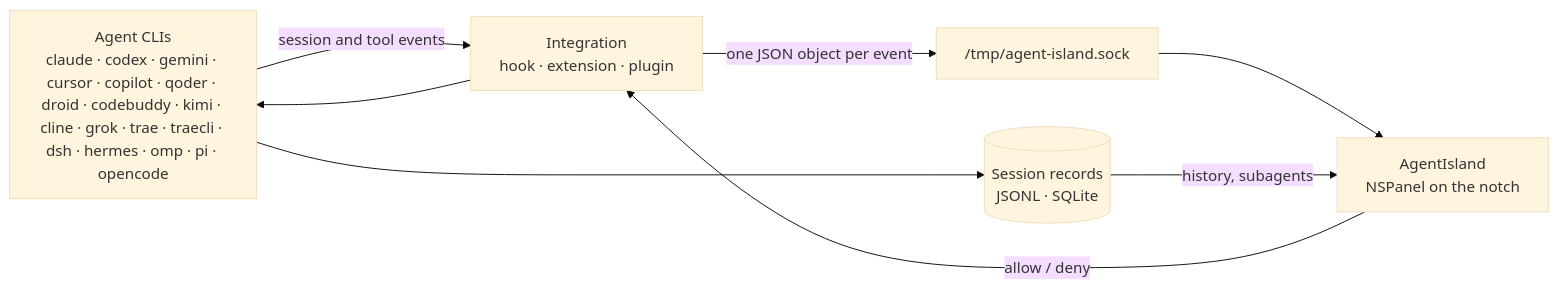
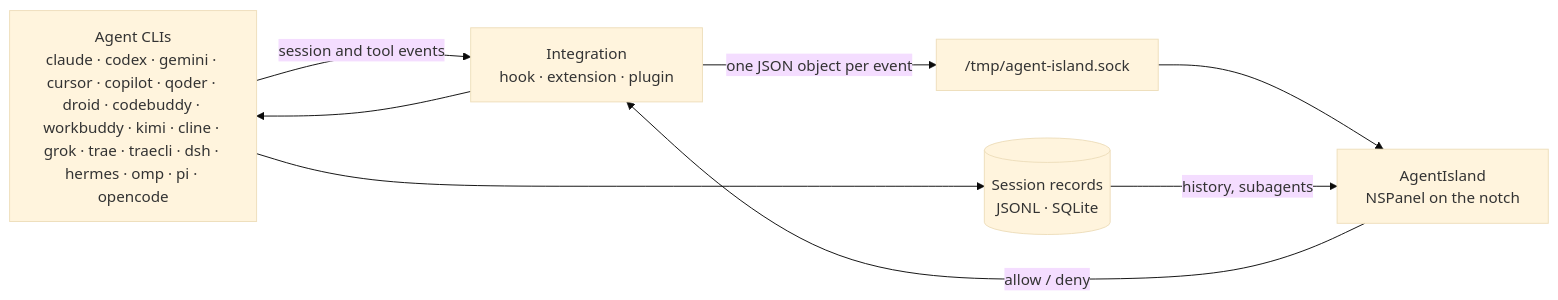
One commit to seehar/agent-island changed the diagram in README.md. Above: the diagram before and after it, drawn with Mermaid (base theme). The commit also changed other lines of this file and 2 other files, not shown here.

Commit message:
docs: 支持清单补 WorkBuddy（19 个 Agent）并记下两处实测事实

````diff
--- a/README.md
+++ b/README.md
@@ -174,16 +175,16 @@
 ```mermaid
 flowchart LR
-  CLI["Agent CLIs<br/>claude · codex · gemini · cursor · copilot · qoder · droid · codebuddy · kimi · cline · grok · trae · traecli · dsh · hermes · omp · pi · opencode"]
+  CLI["Agent CLIs<br/>claude · codex · gemini · cursor · copilot · qoder · droid · codebuddy · workbuddy · kimi · cline · grok · trae · traecli · dsh · hermes · omp · pi · opencode"]
   INT["Integration<br/>hook · extension · plugin"]
   SOCK["/tmp/agent-island.sock"]
   APP["AgentIsland<br/>NSPanel on the notch"]
   REC[("Session records<br/>JSONL · SQLite")]
 
   CLI -- "session and tool events" --> INT
   INT -- "one JSON object per event" --> SOCK
   SOCK --> APP
   CLI --> REC
   REC -- "history, subagents" --> APP
   APP -- "allow / deny" --> INT
   INT --> CLI
 ```
````
